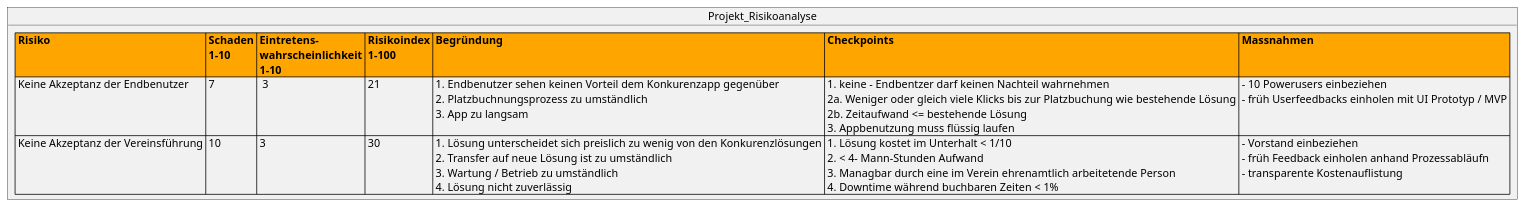
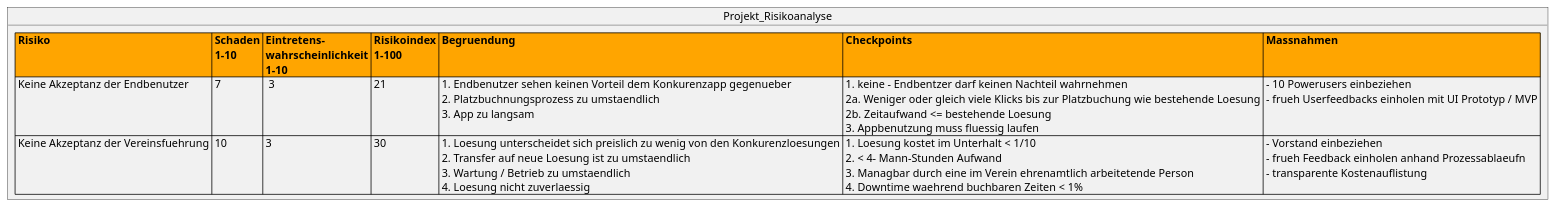
One commit to incrediblybadcoder/fortylove changed the diagram in documents/riskmanagment/ProjectRiskAnalyse.puml. Above: the diagram before and after it, drawn with PlantUML. The commit also changed 2 other files, not shown here.

```diff
--- a/documents/riskmanagment/ProjectRiskAnalyse.puml
+++ b/documents/riskmanagment/ProjectRiskAnalyse.puml
@@ -1,8 +1,8 @@
 @startuml
 object Projekt_Risikoanalyse {
-<#orange>|= Risiko |= <#orange> Schaden \n 1-10 |= <#orange> Eintretens-\n wahrscheinlichkeit \n 1-10 |= <#orange> Risikoindex \n 1-100 |= <#orange> Begründung |= <#orange> Checkpoints |= <#orange> Massnahmen  |
-| Keine Akzeptanz der Endbenutzer | 7 |  3 | 21 | 1. Endbenutzer sehen keinen Vorteil dem Konkurenzapp gegenüber \n 2. Platzbuchnungsprozess zu umständlich\n 3. App zu langsam   | 1. keine - Endbentzer darf keinen Nachteil wahrnehmen \n 2a. Weniger oder gleich viele Klicks bis zur Platzbuchung wie bestehende Lösung \n 2b. Zeitaufwand <= bestehende Lösung  \n 3. Appbenutzung muss flüssig laufen | - 10 Powerusers einbeziehen \n - früh Userfeedbacks einholen mit UI Prototyp / MVP |
-| Keine Akzeptanz der Vereinsführung | 10 | 3 | 30 | 1. Lösung unterscheidet sich preislich zu wenig von den Konkurenzlösungen \n 2. Transfer auf neue Lösung ist zu umständlich \n 3. Wartung / Betrieb zu umständlich\n 4. Lösung nicht zuverlässig  | 1. Lösung kostet im Unterhalt < 1/10\n 2. < 4- Mann-Stunden Aufwand\n 3. Managbar durch eine im Verein ehrenamtlich arbeitetende Person \n 4. Downtime während buchbaren Zeiten < 1%  | - Vorstand einbeziehen\n - früh Feedback einholen anhand Prozessabläufn\n - transparente Kostenauflistung |
+<#orange>|= Risiko |= <#orange> Schaden \n 1-10 |= <#orange> Eintretens-\n wahrscheinlichkeit \n 1-10 |= <#orange> Risikoindex \n 1-100 |= <#orange> Begruendung |= <#orange> Checkpoints |= <#orange> Massnahmen  |
+| Keine Akzeptanz der Endbenutzer | 7 |  3 | 21 | 1. Endbenutzer sehen keinen Vorteil dem Konkurenzapp gegenueber \n 2. Platzbuchnungsprozess zu umstaendlich\n 3. App zu langsam   | 1. keine - Endbentzer darf keinen Nachteil wahrnehmen \n 2a. Weniger oder gleich viele Klicks bis zur Platzbuchung wie bestehende Loesung \n 2b. Zeitaufwand <= bestehende Loesung  \n 3. Appbenutzung muss fluessig laufen | - 10 Powerusers einbeziehen \n - frueh Userfeedbacks einholen mit UI Prototyp / MVP |
+| Keine Akzeptanz der Vereinsfuehrung | 10 | 3 | 30 | 1. Loesung unterscheidet sich preislich zu wenig von den Konkurenzloesungen \n 2. Transfer auf neue Loesung ist zu umstaendlich \n 3. Wartung / Betrieb zu umstaendlich\n 4. Loesung nicht zuverlaessig  | 1. Loesung kostet im Unterhalt < 1/10\n 2. < 4- Mann-Stunden Aufwand\n 3. Managbar durch eine im Verein ehrenamtlich arbeitetende Person \n 4. Downtime waehrend buchbaren Zeiten < 1%  | - Vorstand einbeziehen\n - frueh Feedback einholen anhand Prozessablaeufn\n - transparente Kostenauflistung |
 }
 
 @enduml
```
